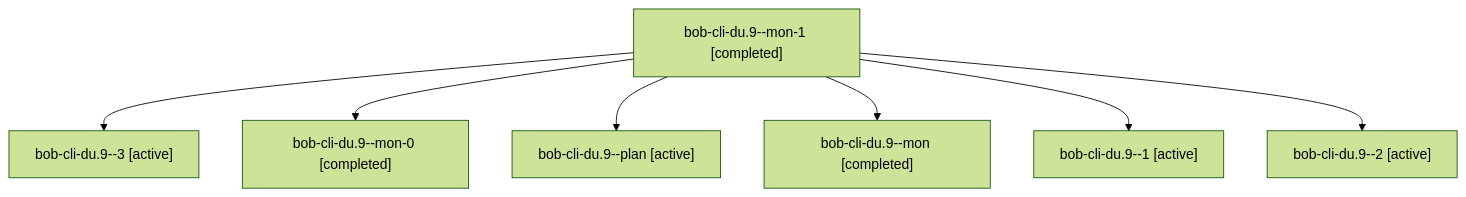
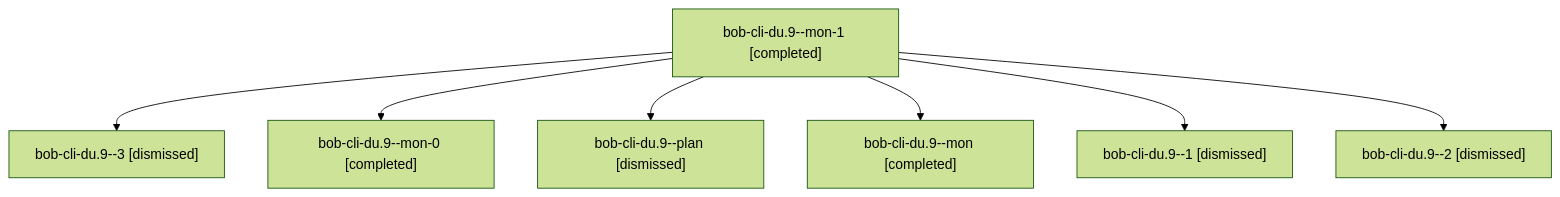
One commit to bobs-org/bob-cli--agents changed the diagram in sessions/bbugyi200.apollo.bob-cli-du.9.md. Above: the diagram before and after it, drawn with Mermaid (forest theme). The commit also changed other lines of this file and 212 other files, not shown here.

````diff
--- a/sessions/bbugyi200.apollo.bob-cli-du.9.md
+++ b/sessions/bbugyi200.apollo.bob-cli-du.9.md
@@ -9,16 +9,16 @@
 ```mermaid
 flowchart TD
   n0["bob-cli-du.9--mon-1 [completed]"]
-  n1["bob-cli-du.9--3 [active]"]
+  n1["bob-cli-du.9--3 [dismissed]"]
   n0 --> n1
   n2["bob-cli-du.9--mon-0 [completed]"]
   n0 --> n2
-  n3["bob-cli-du.9--plan [active]"]
+  n3["bob-cli-du.9--plan [dismissed]"]
   n0 --> n3
   n4["bob-cli-du.9--mon [completed]"]
   n0 --> n4
-  n5["bob-cli-du.9--1 [active]"]
+  n5["bob-cli-du.9--1 [dismissed]"]
   n0 --> n5
-  n6["bob-cli-du.9--2 [active]"]
+  n6["bob-cli-du.9--2 [dismissed]"]
   n0 --> n6
 ```
````
